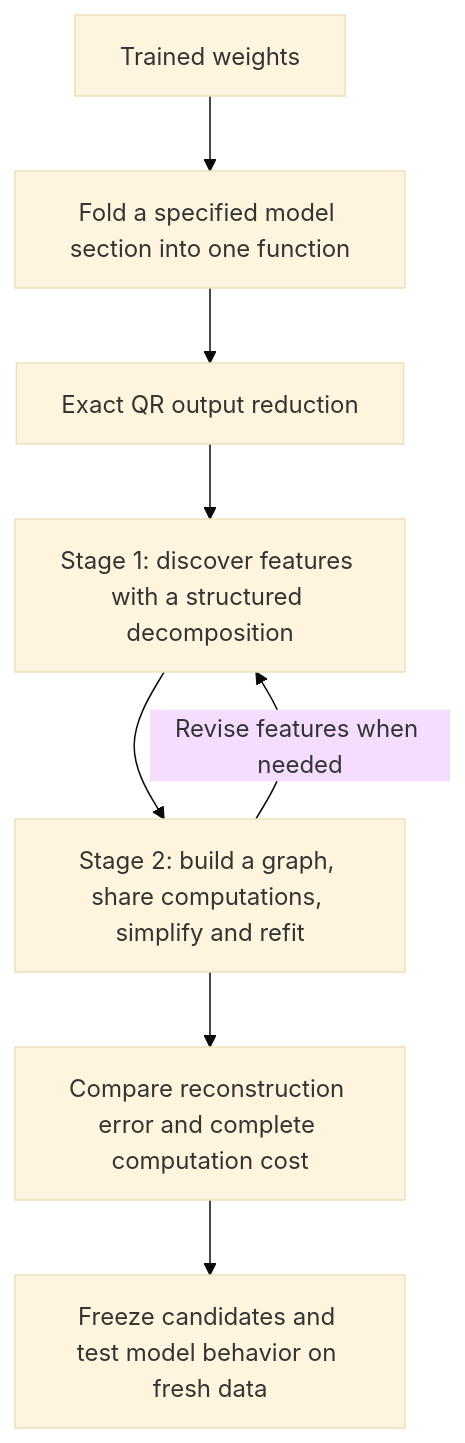
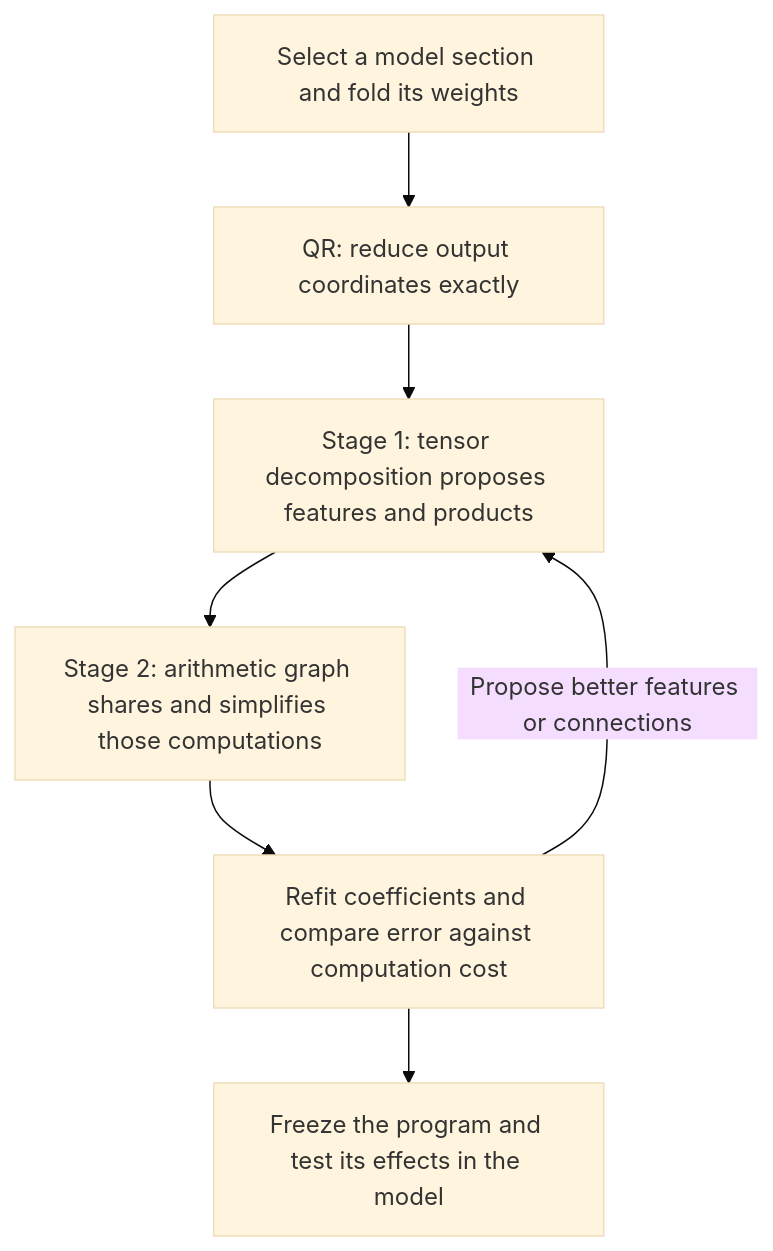
One commit to loganriggs/tensor_language changed the first of 3 diagrams in basis_aligned/polynomial_causal/explanations/for_logan/research_update_2026-09-21_0104_full_coverage_and_shared_baselines.md. Above: the diagram before and after it, drawn with Mermaid (base theme). The commit also changed other lines of this file and 6 other files, not shown here.

````diff
--- a/basis_aligned/polynomial_causal/explanations/for_logan/research_update_2026-09-21_0104_full_coverage_and_shared_baselines.md
+++ b/basis_aligned/polynomial_causal/explanations/for_logan/research_update_2026-09-21_0104_full_coverage_and_shared_baselines.md
@@ -19,10 +13,9 @@
 ```mermaid
 flowchart TD
-    A[Trained weights] --> B[Fold a specified model section into one function]
-    B --> C[Exact QR output reduction]
-    C --> D[Stage 1: discover features with a structured decomposition]
-    D --> E[Stage 2: build a graph, share computations, simplify and refit]
-    E --> F[Compare reconstruction error and complete computation cost]
-    F --> G[Freeze candidates and test model behavior on fresh data]
-    E -->|Revise features when needed| D
+    A[Select a model section and fold its weights] --> B[QR: reduce output coordinates exactly]
+    B --> C[Stage 1: tensor decomposition proposes features and products]
+    C --> D[Stage 2: arithmetic graph shares and simplifies those computations]
+    D --> E[Refit coefficients and compare error against computation cost]
+    E --> F[Freeze the program and test its effects in the model]
+    E -->|Propose better features or connections| C
 ```
````
